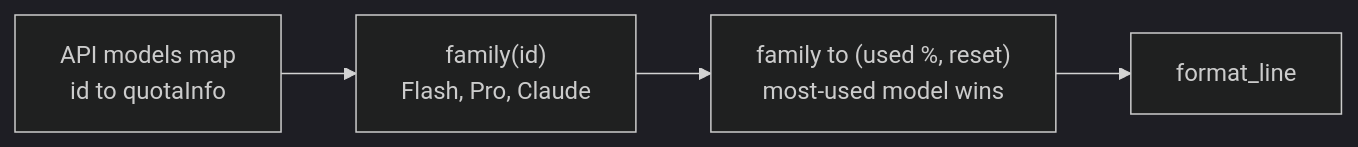
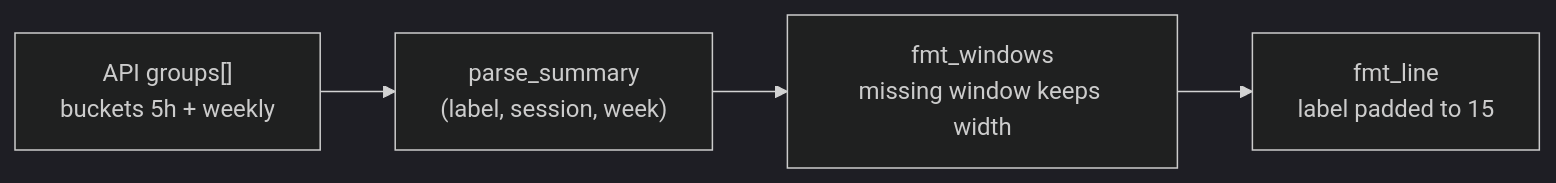
Before and after one commit to mlemes/quotaline: the second of 2 diagrams in docs/ARCHITECTURE.md, drawn with Mermaid (dark theme). The commit also changed other lines of this file and 7 other files, not shown here.

Commit message:
usage-statusline: one aligned line per Antigravity quota group with session and weekly limits

````diff
--- a/docs/ARCHITECTURE.md
+++ b/docs/ARCHITECTURE.md
@@ -38,6 +39,6 @@
 ```mermaid
 flowchart LR
-    resp["API models map<br/>id to quotaInfo"] --> fam["family(id)<br/>Flash, Pro, Claude"]
-    fam --> q["family to (used %, reset)<br/>most-used model wins"]
-    q --> line[format_line]
+    resp["API groups[]<br/>buckets 5h + weekly"] --> g["parse_summary<br/>(label, session, week)"]
+    g --> w["fmt_windows<br/>missing window keeps width"]
+    w --> line["fmt_line<br/>label padded to 15"]
 ```
````
